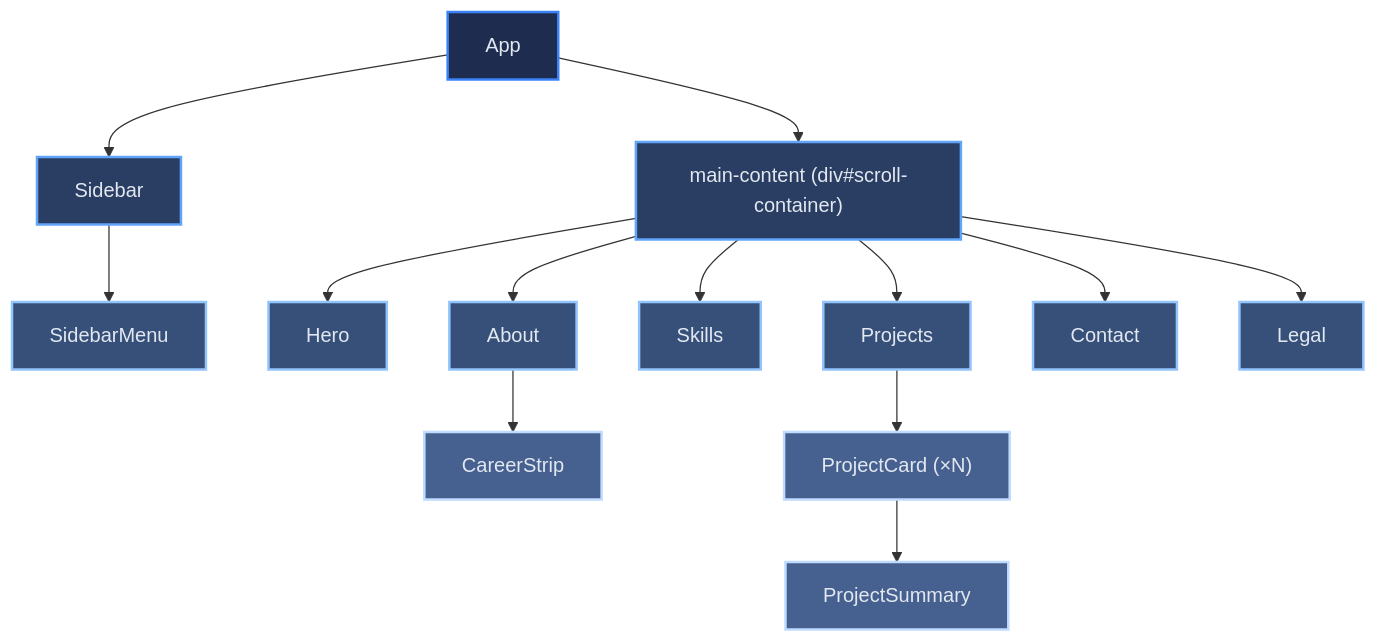
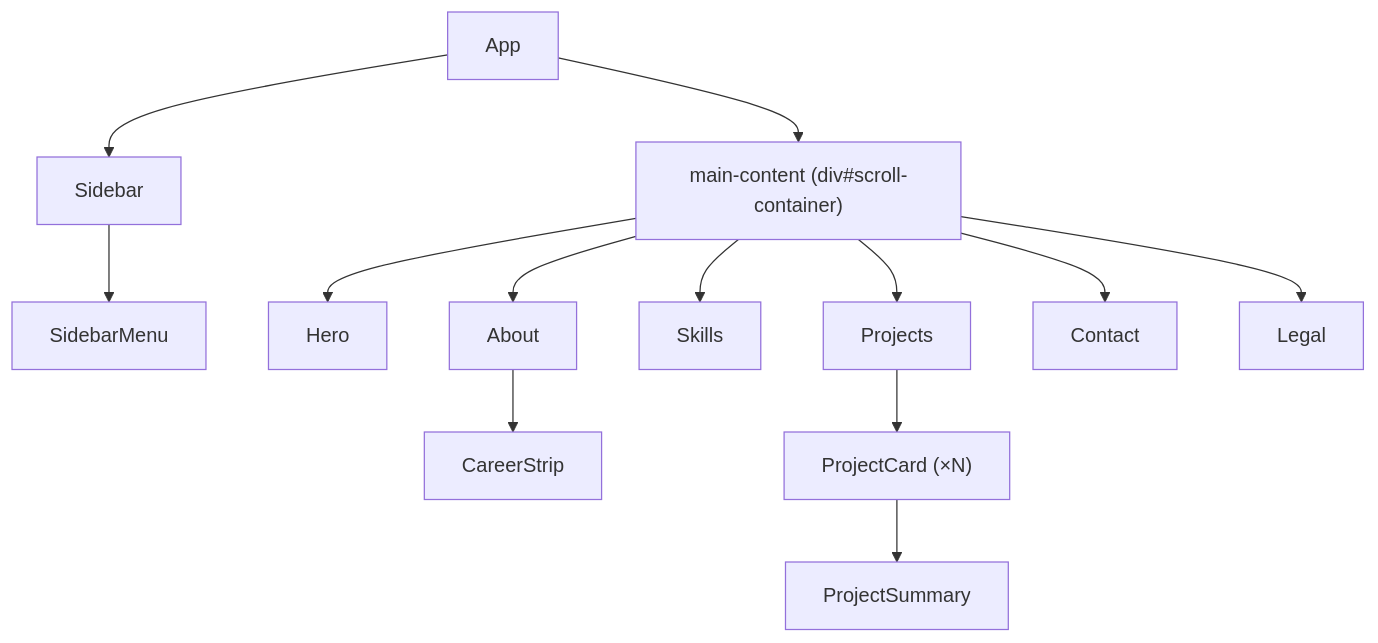
Before and after one commit to Keglev/my-portfolio: the diagram in docs/architecture/05-building-blocks.md, drawn with Mermaid. The commit also changed 11 other files, not shown here.

First line of the commit message:
fix(docs-theme): theme-aware mermaid, level shading, scrollable diagrams, coverage and root cleanup (#46)

````diff
--- a/docs/architecture/05-building-blocks.md
+++ b/docs/architecture/05-building-blocks.md
@@ -20,39 +20,34 @@
 ```mermaid
 graph TD
     App["App"]
     Sidebar["Sidebar"]
     MainContent["main-content (div#scroll-container)"]
     SidebarMenu["SidebarMenu"]
     Hero["Hero"]
     About["About"]
     CareerStrip["CareerStrip"]
     Skills["Skills"]
     Projects["Projects"]
     ProjectCard["ProjectCard (×N)"]
     ProjectSummary["ProjectSummary"]
     Contact["Contact"]
     Legal["Legal"]
 
     App --> Sidebar
     App --> MainContent
     Sidebar --> SidebarMenu
     MainContent --> Hero
     MainContent --> About
     About --> CareerStrip
     MainContent --> Skills
     MainContent --> Projects
     Projects --> ProjectCard
     ProjectCard --> ProjectSummary
     MainContent --> Contact
     MainContent --> Legal
 
     class App l1
     class Sidebar,MainContent l2
     class SidebarMenu,Hero,About,Skills,Projects,Contact,Legal l3
     class CareerStrip,ProjectCard,ProjectSummary l4
-
-    classDef l1 fill:#1e2d4f,stroke:#3B82F6,stroke-width:2px,color:#E2E8F0
-    classDef l2 fill:#2a3d62,stroke:#60A5FA,stroke-width:2px,color:#E2E8F0
-    classDef l3 fill:#37507a,stroke:#93C5FD,stroke-width:2px,color:#E2E8F0
-    classDef l4 fill:#466090,stroke:#BFDBFE,stroke-width:2px,color:#E2E8F0
 ```
````
